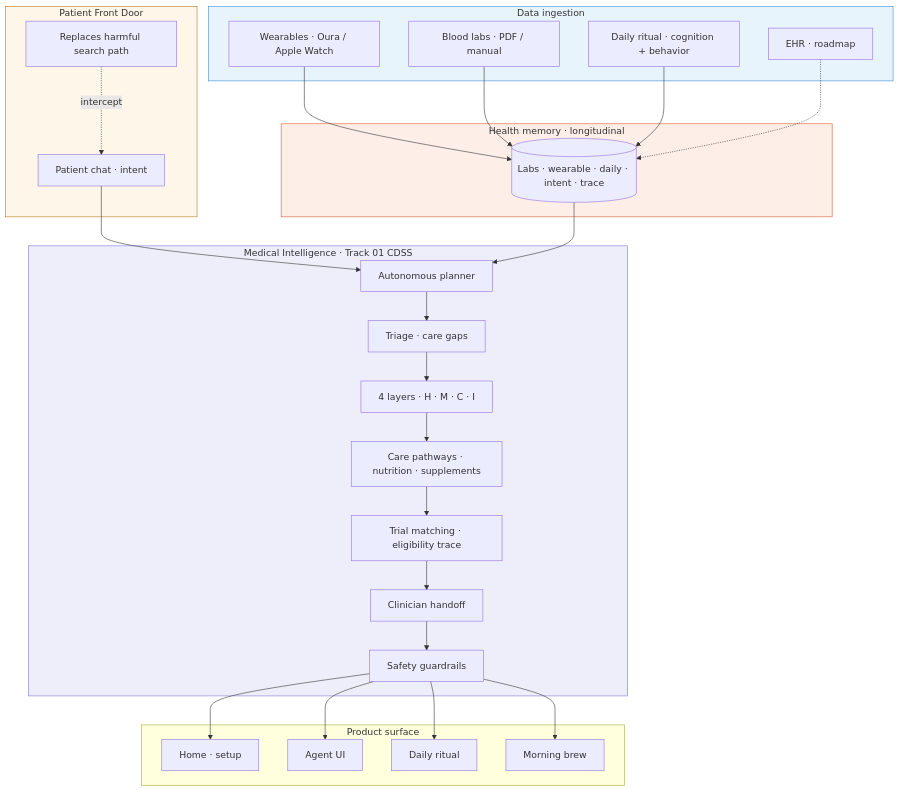
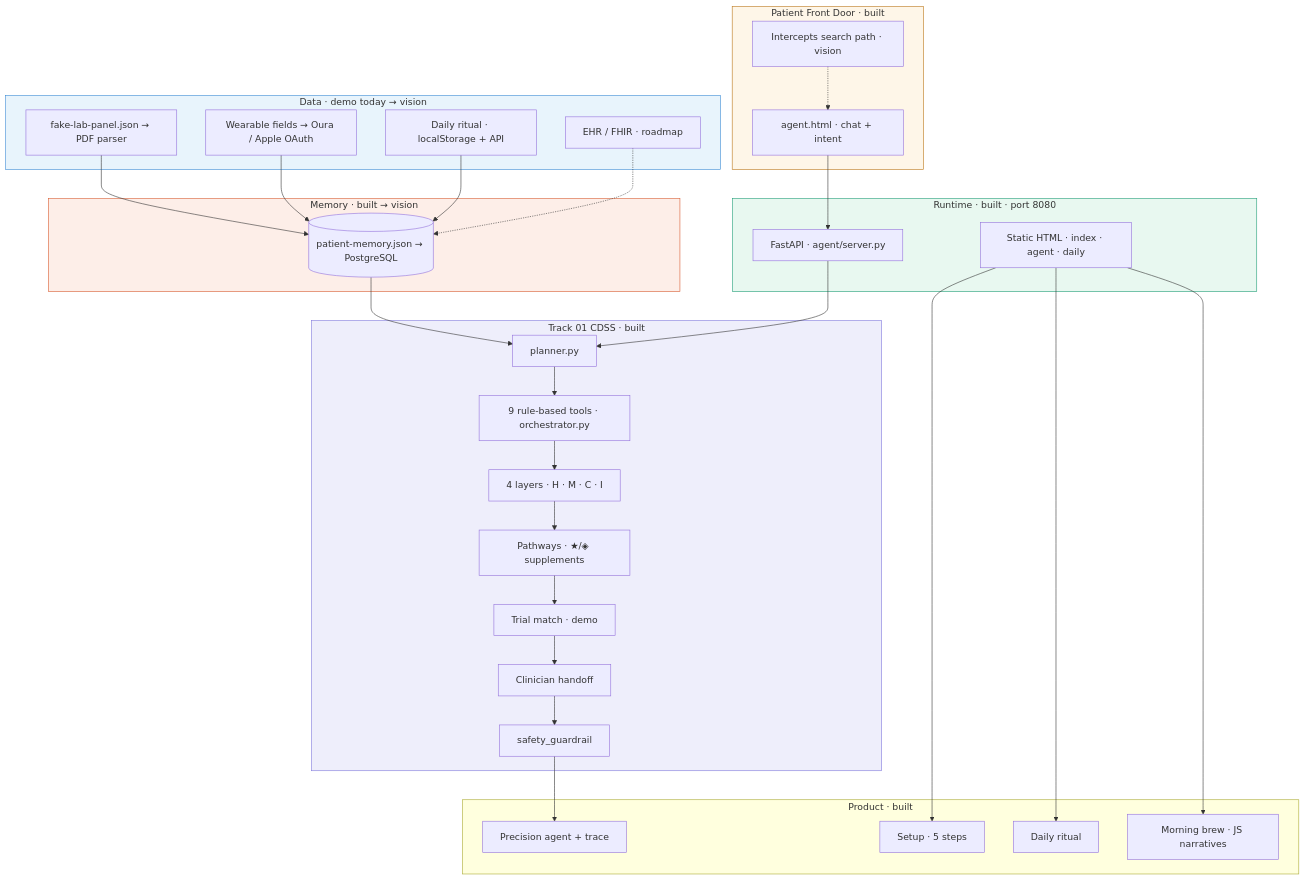
One commit to AlbinaKrasykova/Hsence- changed the first of 2 diagrams in README.md. Above: the diagram before and after it, drawn with Mermaid. The commit also changed other lines of this file and 13 other files, not shown here.

First line of the commit message:
Add architecture PNG diagram and align docs with built vs vision stack.

````diff
--- a/README.md
+++ b/README.md
@@ -53,48 +55,55 @@
 ```mermaid
 flowchart TB
-  subgraph PFD["Patient Front Door"]
-    CHAT[Patient chat · intent]
-    SEARCH[Replaces harmful search path]
+  subgraph PFD["Patient Front Door · built"]
+    CHAT[agent.html · chat + intent]
+    SEARCH[Intercepts search path · vision]
   end
 
-  subgraph INGEST["Data ingestion"]
-    OURA[Wearables · Oura / Apple Watch]
-    PDF[Blood labs · PDF / manual]
-    LOG[Daily ritual · cognition + behavior]
-    EHR[EHR · roadmap]
+  subgraph INGEST["Data · demo today → vision"]
+    LABS[fake-lab-panel.json → PDF parser]
+    WEAR[Wearable fields → Oura / Apple OAuth]
+    LOG[Daily ritual · localStorage + API]
+    EHR[EHR / FHIR · roadmap]
   end
 
-  subgraph MEMORY["Health memory · longitudinal"]
-    STORE[(Labs · wearable · daily · intent · trace)]
+  subgraph RUNTIME["Runtime · built · port 8080"]
+    API[FastAPI · agent/server.py]
+    SITE[Static HTML · index · agent · daily]
   end
 
-  subgraph CDSS["Medical Intelligence · Track 01 CDSS"]
-    PLAN[Autonomous planner]
-    TRIAGE[Triage · care gaps]
-    LAYERS[4 layers · H · M · C · I]
-    PATH[Care pathways · nutrition · supplements]
-    TRIAL[Trial matching · eligibility trace]
-    HANDOFF[Clinician handoff]
-    GUARD[Safety guardrails]
+  subgraph MEMORY["Memory · built → vision"]
+    STORE[(patient-memory.json → PostgreSQL)]
   end
 
-  subgraph UI["Product surface"]
-    HOME[Home · setup]
-    AGENT[Agent UI]
-    DAILY[Daily ritual]
-    BREW[Morning brew]
+  subgraph CDSS["Track 01 CDSS · built"]
+    PLAN[planner.py]
+    TOOLS[9 rule-based tools · orchestrator.py]
+    LAYERS[4 layers · H · M · C · I]
+    PATH[Pathways · ★/◈ supplements]
+    TRIAL[Trial match · demo]
+    HANDOFF[Clinician handoff]
+    GUARD[safety_guardrail]
   end
 
-  CHAT --> PLAN
-  OURA & PDF & LOG --> STORE
+  subgraph UI["Product · built"]
+    HOME[Setup · 5 steps]
+    AGENT[Precision agent + trace]
+    DAILY[Daily ritual]
+    BREW[Morning brew · JS narratives]
+  end
+
+  CHAT --> API
+  LABS & WEAR & LOG --> STORE
   EHR -.-> STORE
   STORE --> PLAN
-  PLAN --> TRIAGE --> LAYERS --> PATH --> TRIAL --> HANDOFF --> GUARD
-  GUARD --> HOME & AGENT & DAILY & BREW
-  SEARCH -.->|intercept| CHAT
+  API --> PLAN --> TOOLS --> LAYERS --> PATH --> TRIAL --> HANDOFF --> GUARD
+  GUARD --> AGENT
+  SITE --> HOME & DAILY & BREW
+  SEARCH -.-> CHAT
 
   style PFD fill:#fef6e8,stroke:#BA7517
   style CDSS fill:#eeeefb,stroke:#7F77DD
   style INGEST fill:#e8f4fc,stroke:#3B8BD4
   style MEMORY fill:#fdeee8,stroke:#D85A30
+  style RUNTIME fill:#e8f8f0,stroke:#1D9E75
 ```
````
